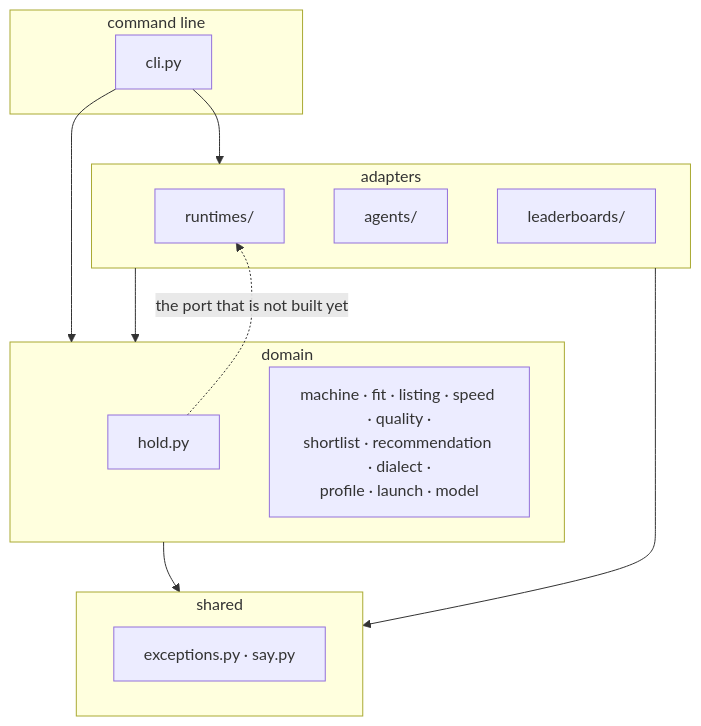
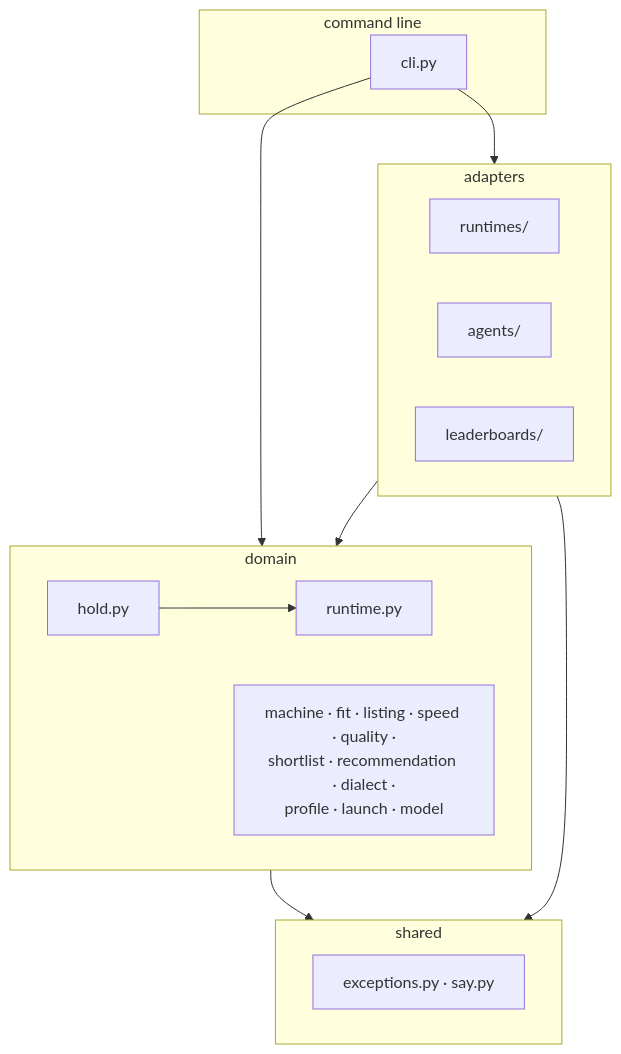
One commit to pvardanis/offgrid changed the first of 4 diagrams in docs/architecture.md. Above: the diagram before and after it, drawn with Mermaid. The commit also changed other lines of this file and 2 other files, not shown here.

First line of the commit message:
docs: mark the runtime seam built, and what building it settled

````diff
--- a/docs/architecture.md
+++ b/docs/architecture.md
@@ -13,25 +13,26 @@
 ```mermaid
 flowchart TD
     subgraph cmd [command line]
         cli[cli.py]
     end
     subgraph adapters [adapters]
         rt["runtimes/"]
         ag["agents/"]
         lb["leaderboards/"]
     end
     subgraph domain [domain]
         hold[hold.py]
+        ports["runtime.py"]
         rest["machine · fit · listing · speed · quality ·<br/>shortlist · recommendation · dialect ·<br/>profile · launch · model"]
     end
     subgraph shared [shared]
         sh["exceptions.py · say.py"]
     end
 
     cli --> adapters
     cli --> domain
     adapters --> domain
     domain --> shared
     adapters --> shared
-    hold -. the port that is not built yet .-> rt
+    hold --> ports
 ```
````
